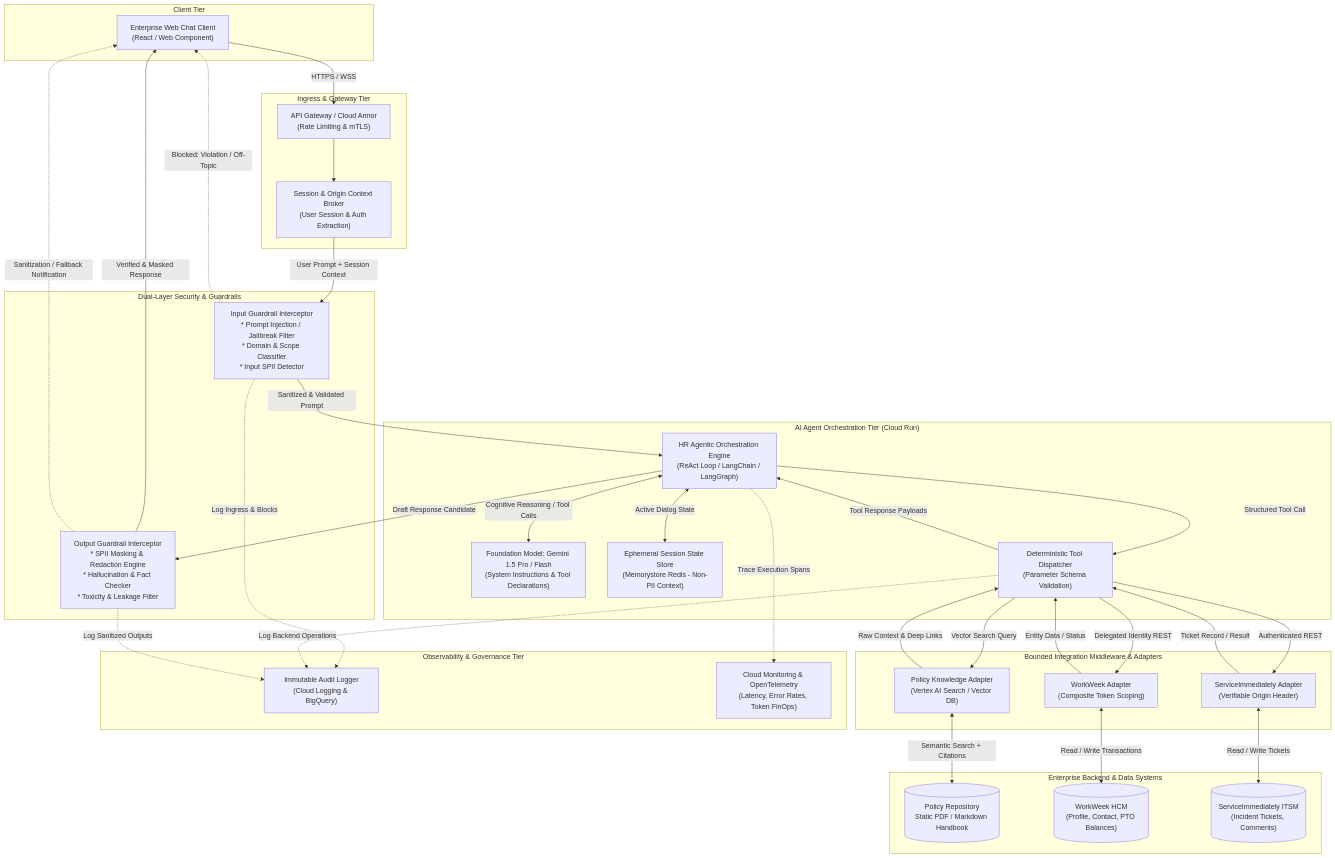
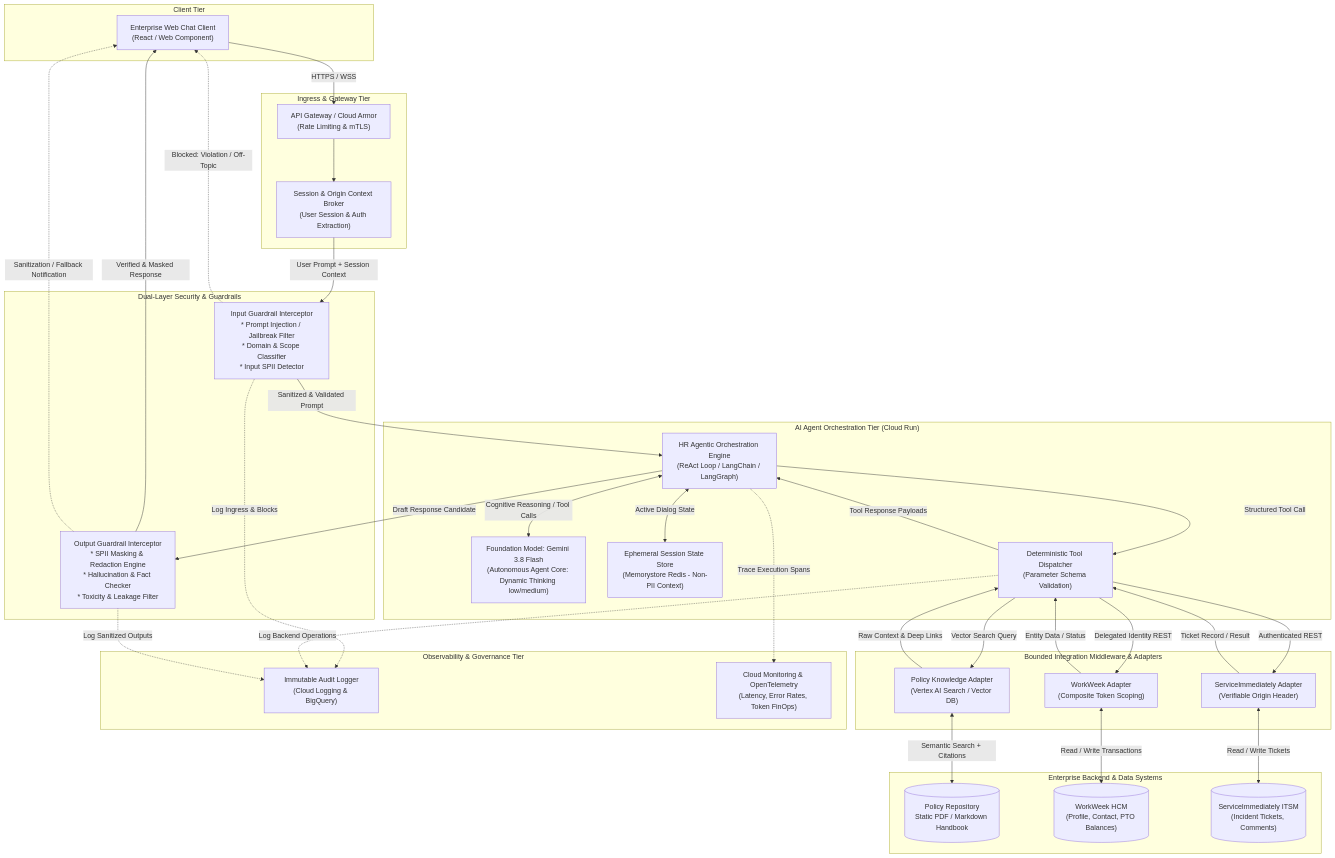
The first of 12 diagrams in docs/sdd-argon.md (Govind1boby/Elevate-Team3-HRD), drawn with Mermaid before and after one commit. The commit also changed other lines of this file, not shown here.

Commit message:
feat(sdd): modernize foundation model to Gemini 3.8 Flash with dynamic thinking levels and context caching

````diff
--- a/docs/sdd-argon.md
+++ b/docs/sdd-argon.md
@@ -90,74 +90,74 @@
 ```mermaid
 flowchart TD
     subgraph Client_Tier["Client Tier"]
         UI["Enterprise Web Chat Client<br/>(React / Web Component)"]
     end
 
     subgraph Ingress_Security["Ingress & Gateway Tier"]
         GW["API Gateway / Cloud Armor<br/>(Rate Limiting & mTLS)"]
         AUTH["Session & Origin Context Broker<br/>(User Session & Auth Extraction)"]
     end
 
     subgraph Guardrail_Pipeline["Dual-Layer Security & Guardrails"]
         IG["Input Guardrail Interceptor<br/>* Prompt Injection / Jailbreak Filter<br/>* Domain & Scope Classifier<br/>* Input SPII Detector"]
         OG["Output Guardrail Interceptor<br/>* SPII Masking & Redaction Engine<br/>* Hallucination & Fact Checker<br/>* Toxicity & Leakage Filter"]
     end
 
     subgraph Agent_Core["AI Agent Orchestration Tier (Cloud Run)"]
         ORCH["HR Agentic Orchestration Engine<br/>(ReAct Loop / LangChain / LangGraph)"]
-        LLM["Foundation Model: Gemini 1.5 Pro / Flash<br/>(System Instructions & Tool Declarations)"]
+        LLM["Foundation Model: Gemini 3.8 Flash<br/>(Autonomous Agent Core: Dynamic Thinking low/medium)"]
         STATE["Ephemeral Session State Store<br/>(Memorystore Redis - Non-PII Context)"]
         DISPATCH["Deterministic Tool Dispatcher<br/>(Parameter Schema Validation)"]
     end
 
     subgraph Tool_Adapters["Bounded Integration Middleware & Adapters"]
         RAG_ADAPTER["Policy Knowledge Adapter<br/>(Vertex AI Search / Vector DB)"]
         WW_ADAPTER["WorkWeek Adapter<br/>(Composite Token Scoping)"]
         SI_ADAPTER["ServiceImmediately Adapter<br/>(Verifiable Origin Header)"]
     end
 
     subgraph Enterprise_Backends["Enterprise Backend & Data Systems"]
         DOCS[("Policy Repository<br/>Static PDF / Markdown Handbook")]
         WW_API[("WorkWeek HCM<br/>(Profile, Contact, PTO Balances)")]
         SI_API[("ServiceImmediately ITSM<br/>(Incident Tickets, Comments)")]
     end
 
     subgraph Observability_Audit["Observability & Governance Tier"]
         AUDIT["Immutable Audit Logger<br/>(Cloud Logging & BigQuery)"]
         MONITOR["Cloud Monitoring & OpenTelemetry<br/>(Latency, Error Rates, Token FinOps)"]
     end
 
     %% Flow connections
     UI -->|HTTPS / WSS| GW
     GW --> AUTH
     AUTH -->|User Prompt + Session Context| IG
     IG -->|Sanitized & Validated Prompt| ORCH
     IG -.->|Blocked: Violation / Off-Topic| UI
 
     ORCH <-->|Cognitive Reasoning / Tool Calls| LLM
     ORCH <-->|Active Dialog State| STATE
     ORCH -->|Structured Tool Call| DISPATCH
 
     DISPATCH -->|Vector Search Query| RAG_ADAPTER
     DISPATCH -->|Delegated Identity REST| WW_ADAPTER
     DISPATCH -->|Authenticated REST| SI_ADAPTER
 
     RAG_ADAPTER <-->|Semantic Search + Citations| DOCS
     WW_ADAPTER <-->|Read / Write Transactions| WW_API
     SI_ADAPTER <-->|Read / Write Tickets| SI_API
 
     RAG_ADAPTER -->|Raw Context & Deep Links| DISPATCH
     WW_ADAPTER -->|Entity Data / Status| DISPATCH
     SI_ADAPTER -->|Ticket Record / Result| DISPATCH
 
     DISPATCH -->|Tool Response Payloads| ORCH
     ORCH -->|Draft Response Candidate| OG
     OG -->|Verified & Masked Response| UI
     OG -.->|Sanitization / Fallback Notification| UI
 
     %% Audit & Monitoring
     IG -.->|Log Ingress & Blocks| AUDIT
     ORCH -.->|Trace Execution Spans| MONITOR
     DISPATCH -.->|Log Backend Operations| AUDIT
     OG -.->|Log Sanitized Outputs| AUDIT
 ```
````
